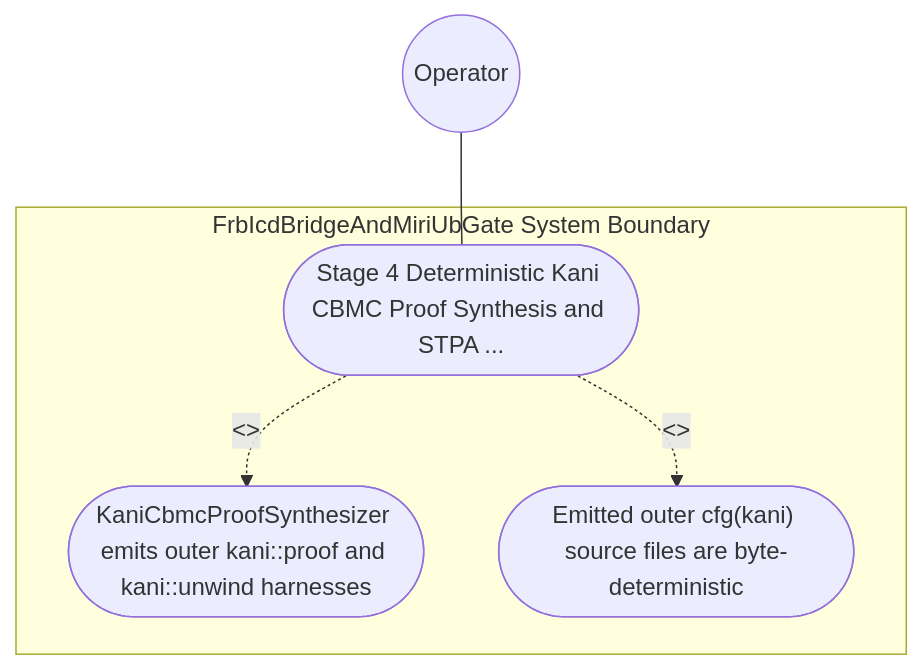
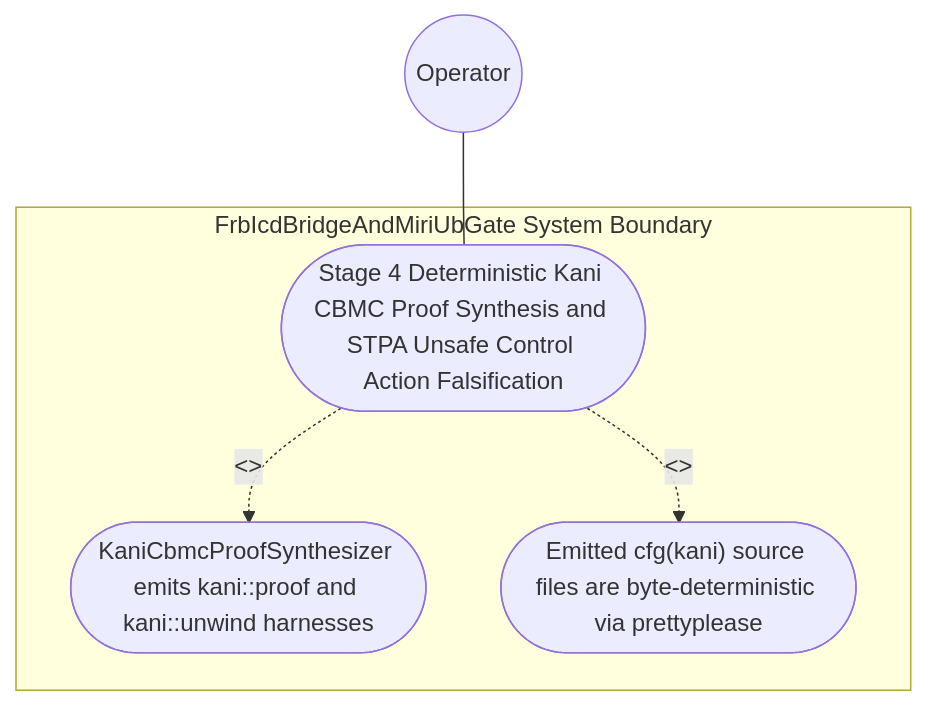
One commit to gintatkinson/DEAP01-spec-core changed the first of 2 diagrams in .pipeline/upstream/docs/use-cases/UC-50-Stage_4_Deterministic_Kani_CBMC_Proof_Synthesis_and_STPA_Unsafe_Control_Action_Falsification.md. Above: the diagram before and after it, drawn with Mermaid. The commit also changed other lines of this file and 225 other files, not shown here.

````diff
--- a/.pipeline/upstream/docs/use-cases/UC-50-Stage_4_Deterministic_Kani_CBMC_Proof_Synthesis_and_STPA_Unsafe_Control_Action_Falsification.md
+++ b/.pipeline/upstream/docs/use-cases/UC-50-Stage_4_Deterministic_Kani_CBMC_Proof_Synthesis_and_STPA_Unsafe_Control_Action_Falsification.md
@@ -16,11 +19,11 @@
 ```mermaid
 graph TD
     subgraph "FrbIcdBridgeAndMiriUbGate System Boundary"
-        UC_Main(["Stage 4 Deterministic Kani CBMC Proof Synthesis and STPA ..."])
-        UC_Step01(["KaniCbmcProofSynthesizer emits outer kani::proof and kani::unwind harnesses"])
-        UC_Step02(["Emitted outer cfg(kani) source files are byte-deterministic"])
+        UC_Main(["Stage 4 Deterministic Kani CBMC Proof Synthesis and STPA Unsafe Control Action Falsification"])
+        UC_Step01(["KaniCbmcProofSynthesizer emits kani::proof and kani::unwind harnesses"])
+        UC_Step02(["Emitted cfg(kani) source files are byte-deterministic via prettyplease"])
     end
     Operator(("Operator")) --- UC_Main
     UC_Main -. "<<include>>" .-> UC_Step01
     UC_Main -. "<<include>>" .-> UC_Step02
 ```
````
